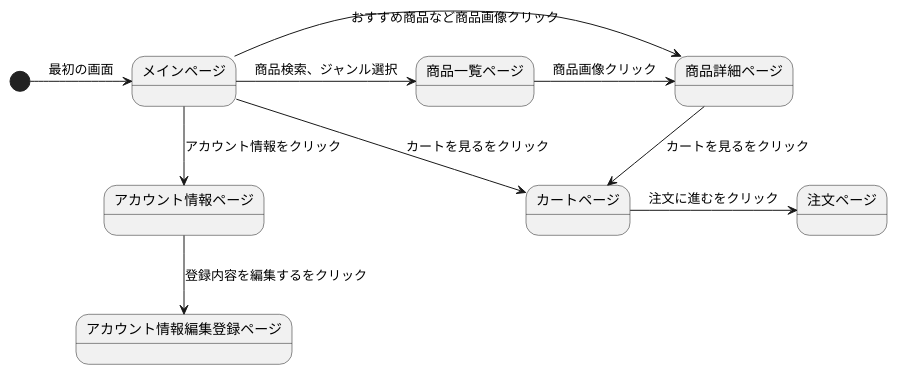
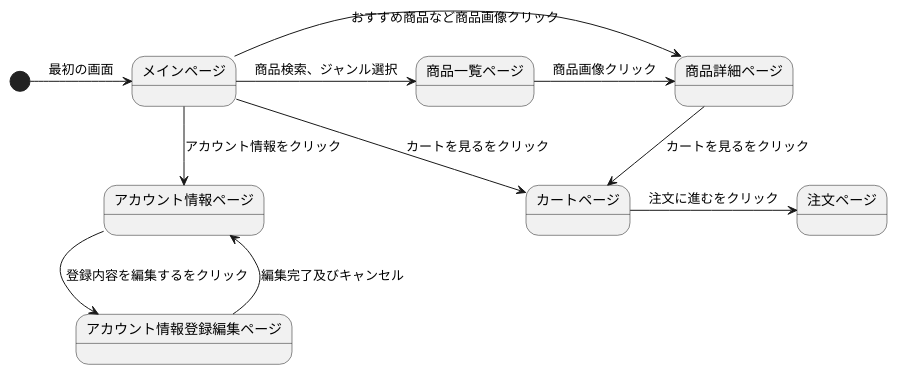
One commit to Aso2001385/2021sys-design changed the first of 2 diagrams in orcashop/StateMachine.md. Above: the diagram before and after it, drawn with PlantUML.

````diff
--- a/orcashop/StateMachine.md
+++ b/orcashop/StateMachine.md
@@ -1,14 +1,15 @@
 ```uml
 @startuml
 
 [*] -> メインページ: 最初の画面
 メインページ -> 商品一覧ページ: 商品検索、ジャンル選択
 メインページ -> 商品詳細ページ: おすすめ商品など商品画像クリック
 商品一覧ページ -> 商品詳細ページ: 商品画像クリック
 商品詳細ページ -down-> カートページ: カートを見るをクリック
 カートページ -> 注文ページ: 注文に進むをクリック
 メインページ -down-> アカウント情報ページ: アカウント情報をクリック
 メインページ -> カートページ: カートを見るをクリック
-アカウント情報ページ -down-> アカウント情報編集登録ページ: 登録内容を編集するをクリック
+アカウント情報ページ -down-> アカウント情報登録編集ページ: 登録内容を編集するをクリック
+アカウント情報登録編集ページ -> アカウント情報ページ: 編集完了及びキャンセル
 @enduml
 ```
````
